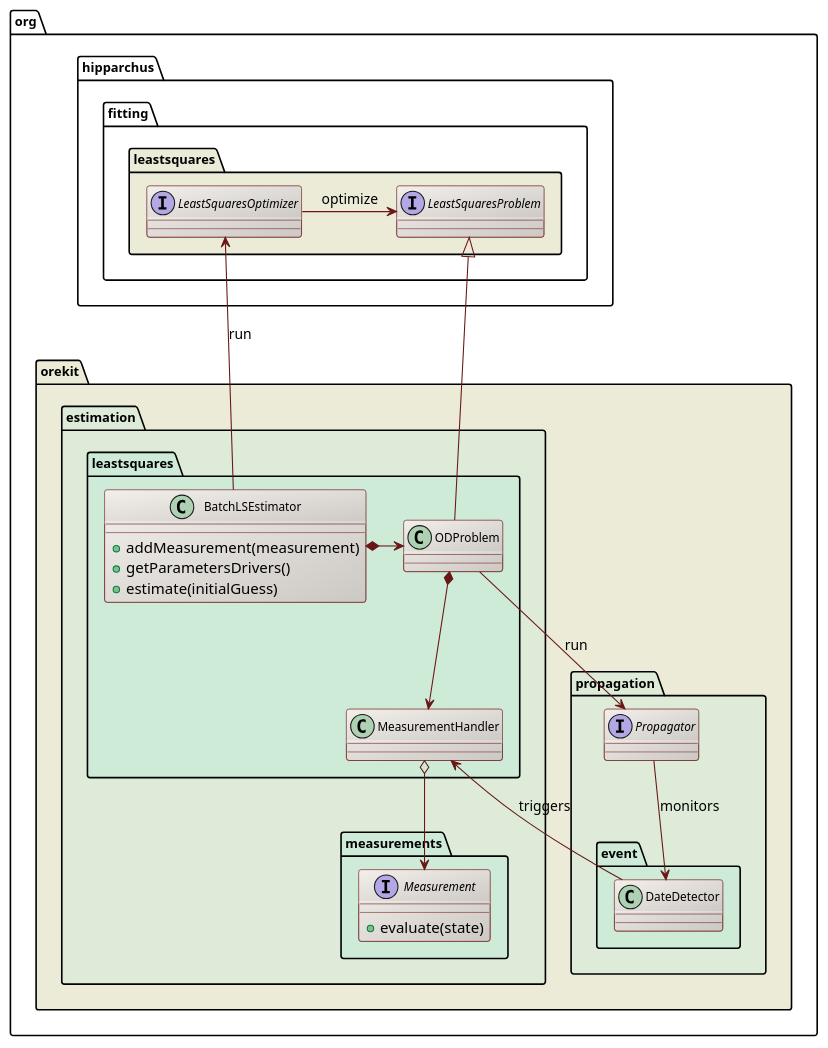
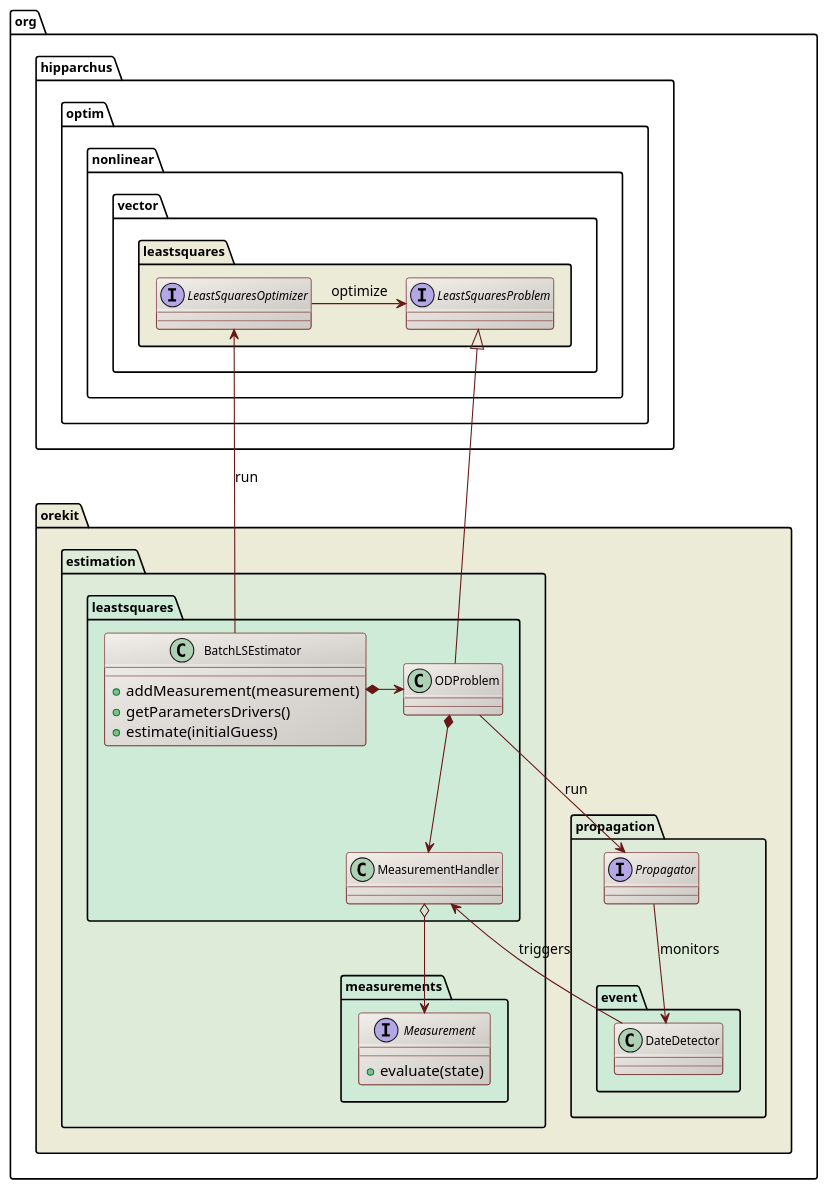
One commit to CS-SI/Orekit changed the diagram in src/design/orbit-determination-overview-class-diagram.puml. Above: the diagram before and after it, drawn with PlantUML. The commit also changed 7 other files, not shown here.

Commit message:
Updated UML diagrams with latest version.

```diff
--- a/src/design/orbit-determination-overview-class-diagram.puml
+++ b/src/design/orbit-determination-overview-class-diagram.puml
@@ -17,61 +17,61 @@
 @startuml
 
   skinparam svek                  true
   skinparam ClassBackgroundColor  #F3EFEB/CCC9C5
   skinparam ClassArrowColor       #691616
   skinparam ClassBorderColor      #691616
   skinparam NoteBackgroundColor   #F3EFEB
   skinparam NoteBorderColor       #691616
   skinparam NoteFontColor         #691616
   skinparam ClassFontSize         11
   skinparam PackageFontSize       12
 
-  package org.hipparchus.fitting.leastsquares #ECEBD8 {
+  package org.hipparchus.optim.nonlinear.vector.leastsquares #ECEBD8 {
 
           interface LeastSquaresOptimizer
           interface LeastSquaresProblem
           LeastSquaresOptimizer -right-> LeastSquaresProblem  : optimize
 
   }
 
   package org.orekit #ECEBD8 {
 
     package propagation #DDEBD8 {
         interface Propagator
         package event #CEEBD8 {
             Propagator --> DateDetector : monitors
         }
     }
 
     package estimation #DDEBD8 {
 
         package leastsquares #CEEBD8 {
 
            class BatchLSEstimator {
               +addMeasurement(measurement)
               +getParametersDrivers()
               +estimate(initialGuess)
            }
            class ODProblem
            class MeasurementHandler
 
             ODProblem *--> MeasurementHandler
             ODProblem --> Propagator : run
             MeasurementHandler <-- DateDetector : triggers
 
           BatchLSEstimator *-right-> ODProblem
           LeastSquaresProblem <|-- ODProblem
           LeastSquaresOptimizer  <-- BatchLSEstimator : run
         }
 
         package measurements #CEEBD8 {
             interface Measurement {
               +evaluate(state)
             }
             MeasurementHandler o--> Measurement
         }
     }
 
   }
 
 @enduml
```
